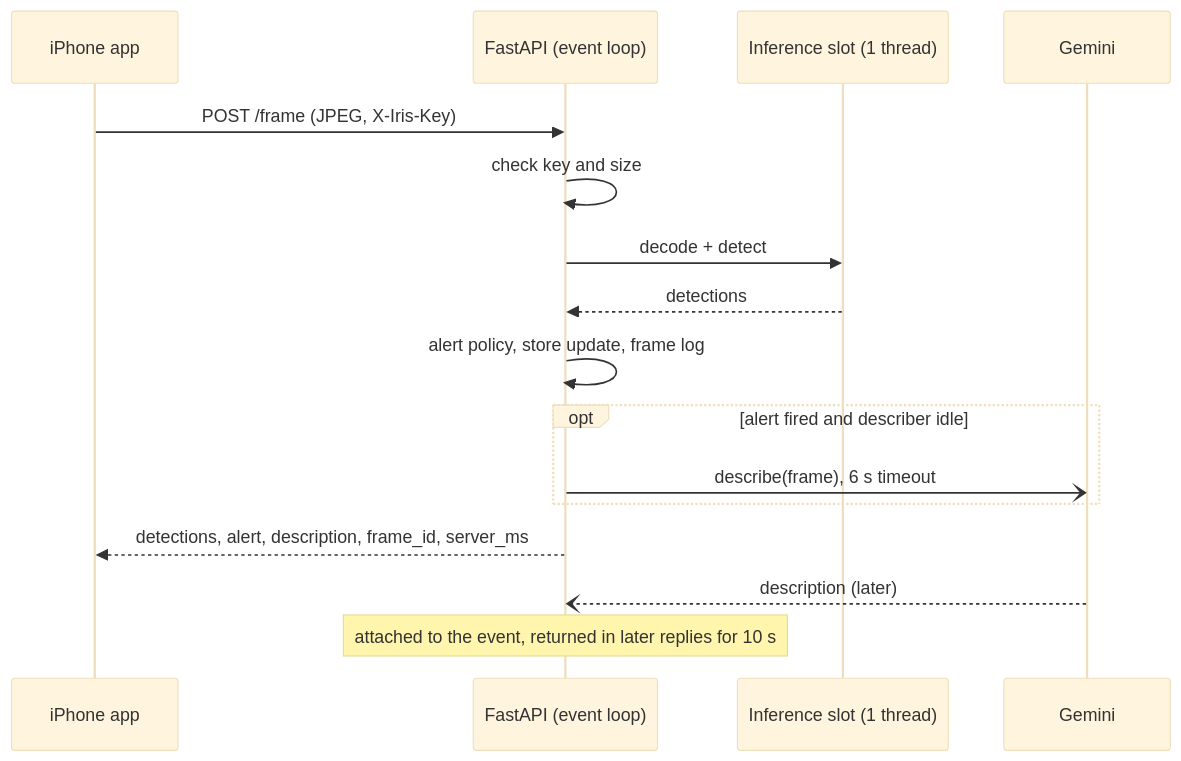
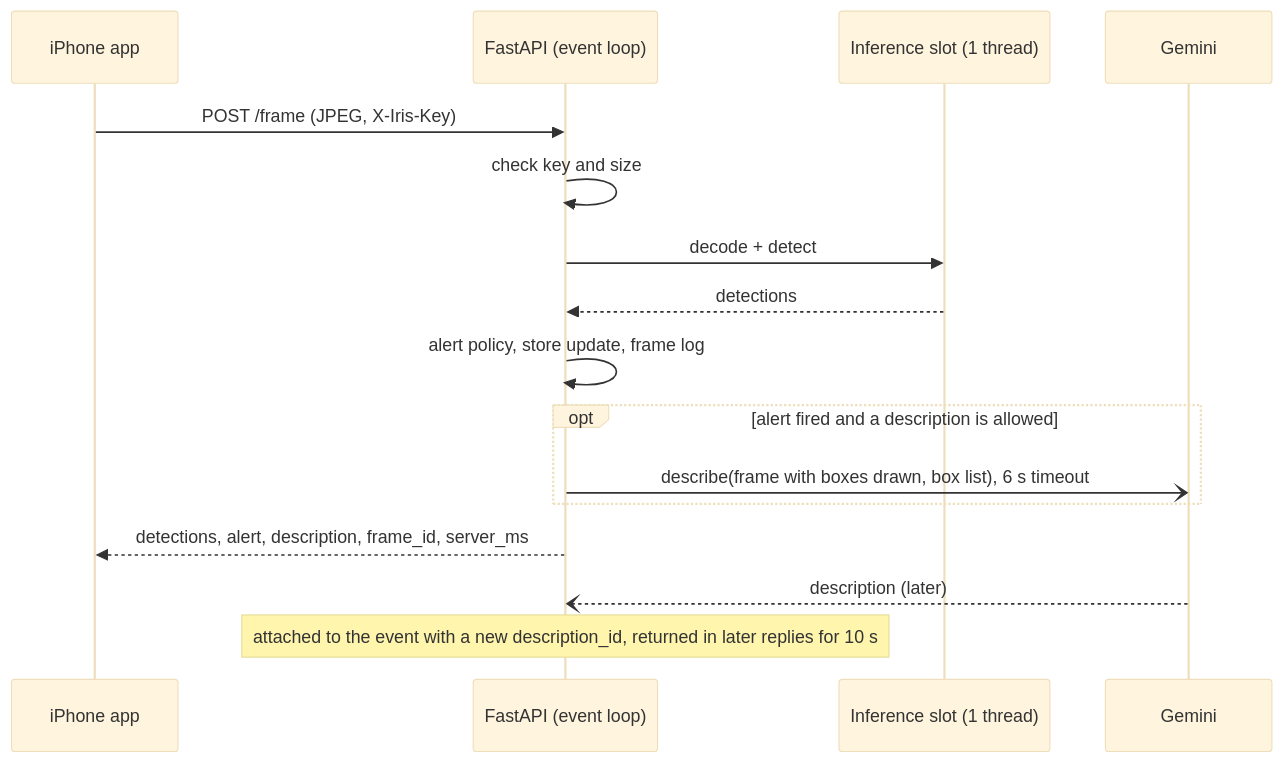
One commit to AshwinRG1/iris changed the second of 2 diagrams in docs/server-design.md. Above: the diagram before and after it, drawn with Mermaid (base theme). The commit also changed other lines of this file, not shown here.

````diff
--- a/docs/server-design.md
+++ b/docs/server-design.md
@@ -220,18 +227,18 @@
 ```mermaid
 sequenceDiagram
   participant App as iPhone app
   participant API as FastAPI (event loop)
   participant W as Inference slot (1 thread)
   participant Gem as Gemini
   App->>API: POST /frame (JPEG, X-Iris-Key)
   API->>API: check key and size
   API->>W: decode + detect
   W-->>API: detections
   API->>API: alert policy, store update, frame log
-  opt alert fired and describer idle
-    API-)Gem: describe(frame), 6 s timeout
+  opt alert fired and a description is allowed
+    API-)Gem: describe(frame with boxes drawn, box list), 6 s timeout
   end
   API-->>App: detections, alert, description, frame_id, server_ms
   Gem--)API: description (later)
-  Note over API: attached to the event, returned in later replies for 10 s
+  Note over API: attached to the event with a new description_id, returned in later replies for 10 s
 ```
````
